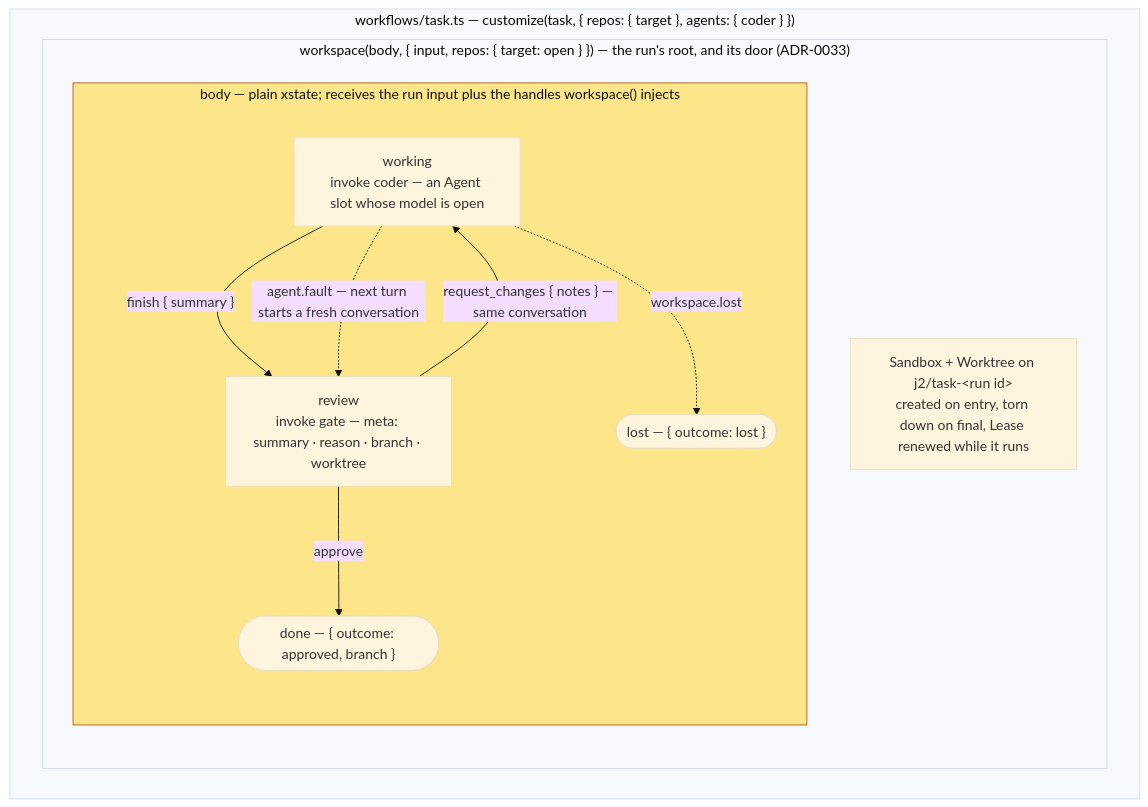
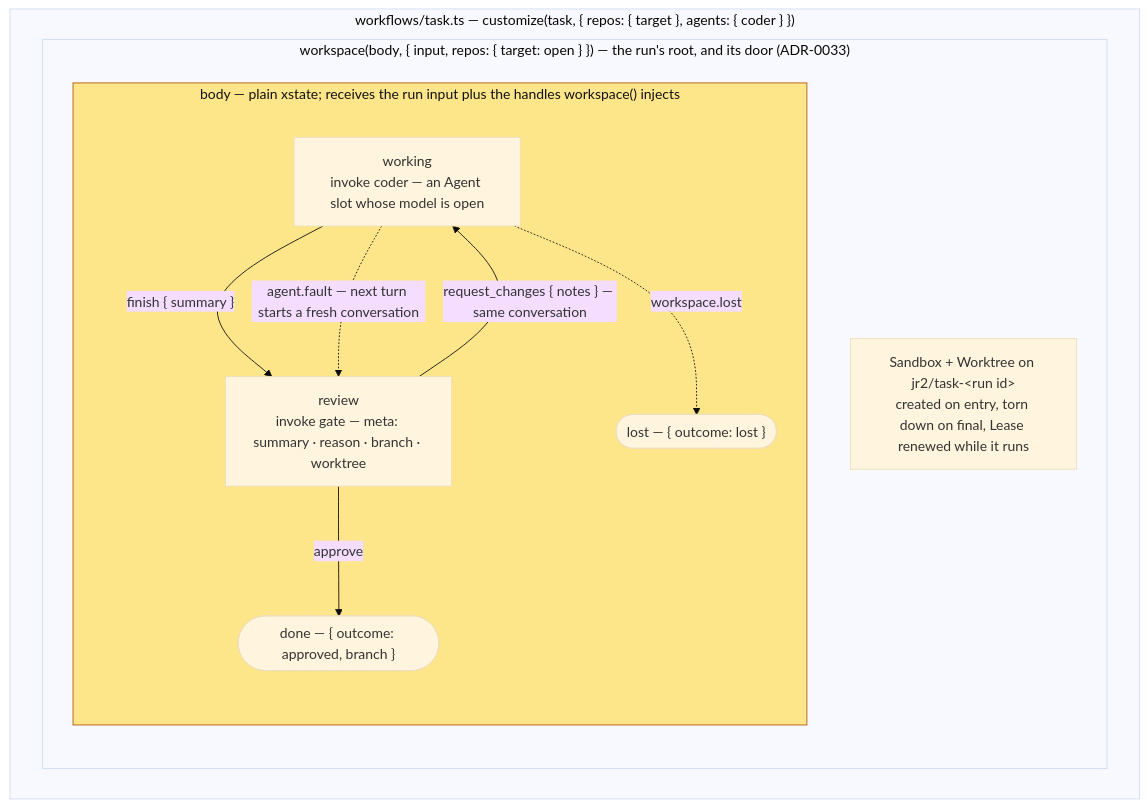
One commit to snapwich/jr2 changed the fourth of 4 diagrams in docs/architecture.md. Above: the diagram before and after it, drawn with Mermaid (base theme). The commit also changed other lines of this file and 313 other files, not shown here.

````diff
--- a/docs/architecture.md
+++ b/docs/architecture.md
@@ -242,21 +242,21 @@
 ```mermaid
 flowchart TB
   subgraph consumer["workflows/task.ts — customize(task, { repos: { target }, agents: { coder } })"]
     subgraph ws["workspace(body, { input, repos: { target: open } }) — the run's root, and its door (ADR-0033)"]
-      sbx["Sandbox + Worktree on j2/task-&lt;run id&gt;<br/>created on entry, torn down on final, Lease renewed while it runs"]
+      sbx["Sandbox + Worktree on jr2/task-&lt;run id&gt;<br/>created on entry, torn down on final, Lease renewed while it runs"]
 
       subgraph body["body — plain xstate; receives the run input plus the handles workspace() injects"]
         direction TB
         working["working<br/>invoke coder — an Agent slot whose model is open"]
         working -->|"finish { summary }"| review["review<br/>invoke gate — meta: summary · reason · branch · worktree"]
         working -.->|"agent.fault — next turn starts a fresh conversation"| review
         review -->|"request_changes { notes } — same conversation"| working
         review -->|approve| done(["done — { outcome: approved, branch }"])
         working -.->|workspace.lost| lost(["lost — { outcome: lost }"])
       end
     end
   end
 
   classDef author fill:#fde68a,stroke:#b45309,color:#111
   class body author
 ```
````
